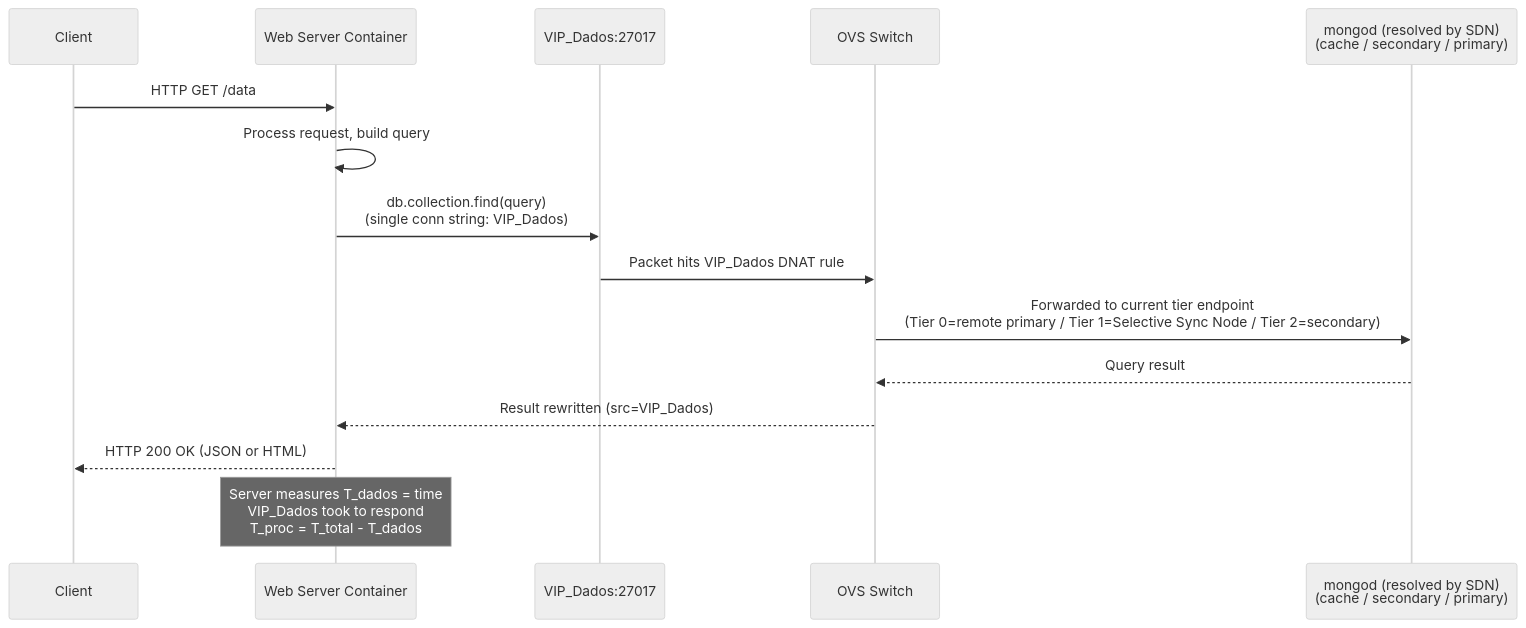
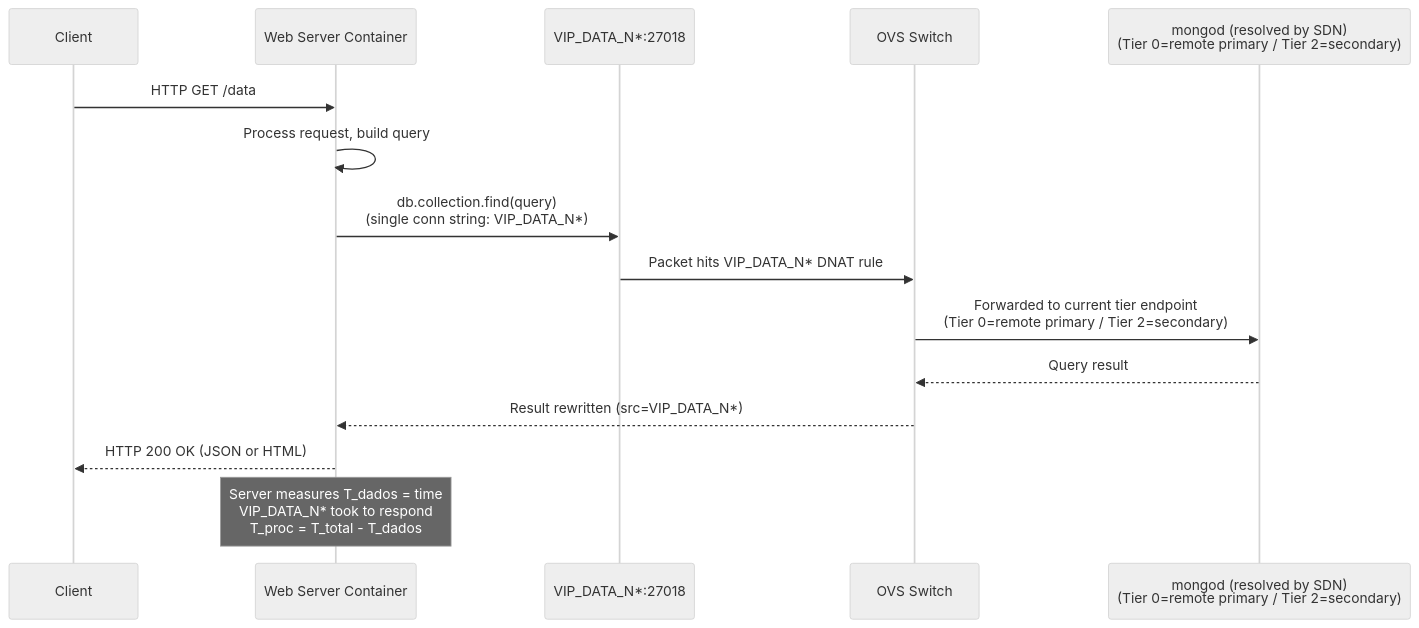
Before and after one commit to poioe20p/efficient-storage-in-edge-scenarios: diagram 14 of 21 in docs/operation/system_scenarios.md, drawn with Mermaid (neutral theme). The commit also changed other lines of this file and 28 other files, not shown here.

Commit message:
- setup testing workload - setup http request with connection to db (made some fixes) wrong port and etc - controller was able to vip route both client http to server and server mongodb to db

````diff
--- a/docs/operation/system_scenarios.md
+++ b/docs/operation/system_scenarios.md
@@ -372,18 +371,18 @@
 ```mermaid
 sequenceDiagram
     participant Client
     participant Server as Web Server Container
-    participant VIPd as VIP_Dados:27017
+    participant VIPd as VIP_DATA_N*:27018
     participant OVS as OVS Switch
-    participant Mongo as mongod (resolved by SDN)<br/>(cache / secondary / primary)
+    participant Mongo as mongod (resolved by SDN)<br/>(Tier 0=remote primary / Tier 2=secondary)
 
     Client->>Server: HTTP GET /data
     Server->>Server: Process request, build query
-    Server->>VIPd: db.collection.find(query)<br/>(single conn string: VIP_Dados)
-    VIPd->>OVS: Packet hits VIP_Dados DNAT rule
-    OVS->>Mongo: Forwarded to current tier endpoint<br/>(Tier 0=remote primary / Tier 1=Selective Sync Node / Tier 2=secondary)
+    Server->>VIPd: db.collection.find(query)<br/>(single conn string: VIP_DATA_N*)
+    VIPd->>OVS: Packet hits VIP_DATA_N* DNAT rule
+    OVS->>Mongo: Forwarded to current tier endpoint<br/>(Tier 0=remote primary / Tier 2=secondary)
     Mongo-->>OVS: Query result
-    OVS-->>Server: Result rewritten (src=VIP_Dados)
+    OVS-->>Server: Result rewritten (src=VIP_DATA_N*)
     Server-->>Client: HTTP 200 OK (JSON or HTML)
-    Note over Server: Server measures T_dados = time<br/>VIP_Dados took to respond<br/>T_proc = T_total - T_dados
+    Note over Server: Server measures T_dados = time<br/>VIP_DATA_N* took to respond<br/>T_proc = T_total - T_dados
 ```
````
